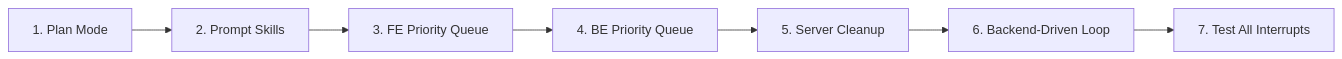
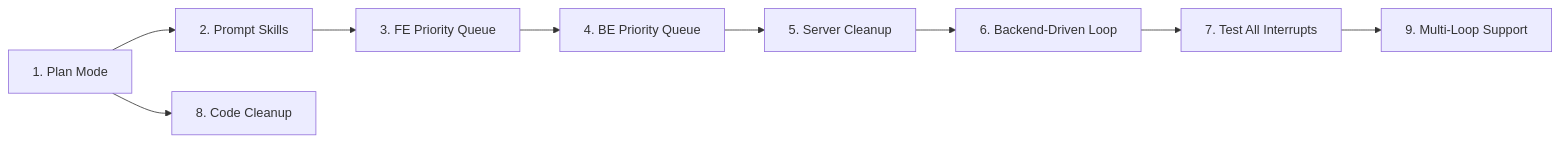
The diagram in .dev/wild_loop_v4_plan.md (hao-ai-lab/research-agent), drawn with Mermaid before and after one commit. The commit also changed other lines of this file and 13 other files, not shown here.

````diff
--- a/.dev/wild_loop_v4_plan.md
+++ b/.dev/wild_loop_v4_plan.md
@@ -295,9 +490,11 @@
 ```mermaid
 graph LR
     S1["1. Plan Mode"] --> S2["2. Prompt Skills"]
     S2 --> S3["3. FE Priority Queue"]
     S3 --> S4["4. BE Priority Queue"]
     S4 --> S5["5. Server Cleanup"]
     S5 --> S6["6. Backend-Driven Loop"]
     S6 --> S7["7. Test All Interrupts"]
+    S1 --> S8["8. Code Cleanup"]
+    S7 --> S9["9. Multi-Loop Support"]
 ```
````
